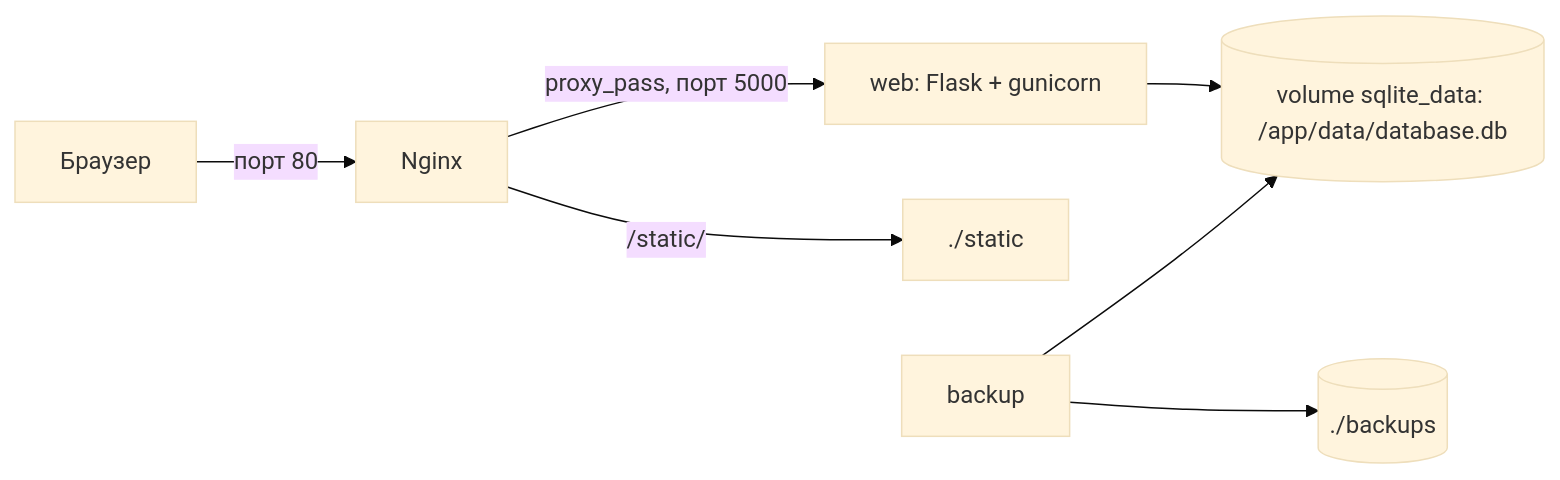
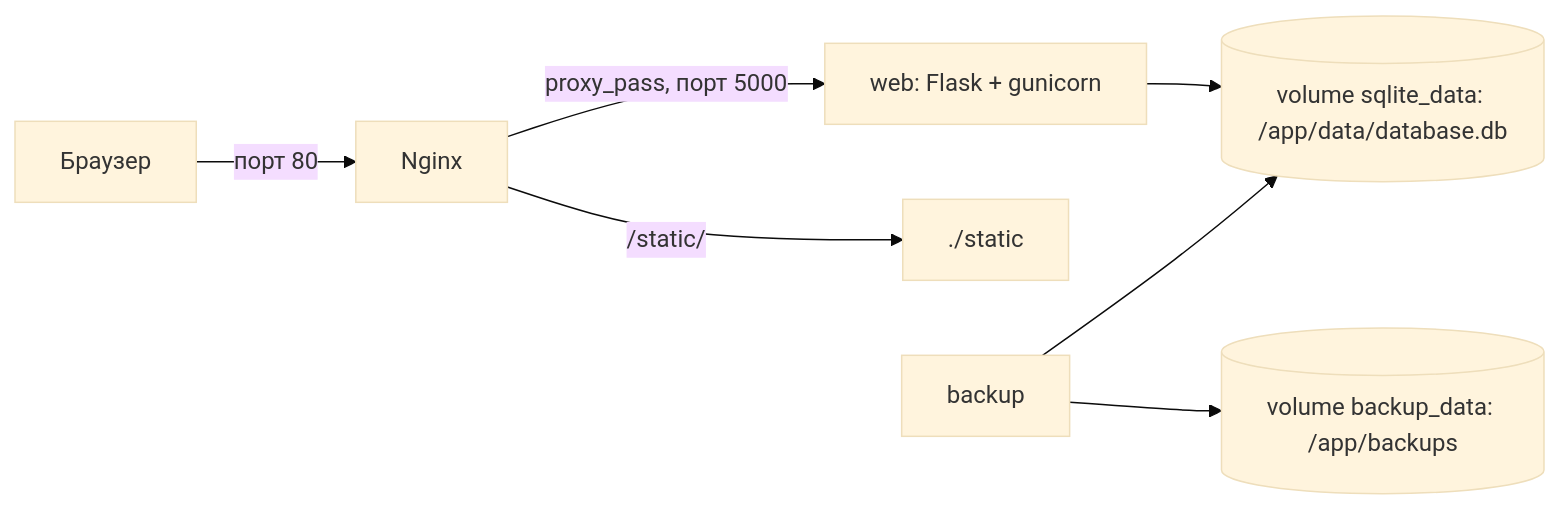
The diagram in README.md (StarlicLV/lab08-team-project), drawn with Mermaid (base theme) before and after one commit. The commit also changed other lines of this file, not shown here.

````diff
--- a/README.md
+++ b/README.md
@@ -83,9 +83,9 @@
 ```mermaid
 graph LR
     U[Браузер] -->|порт 80| N[Nginx]
     N -->|proxy_pass, порт 5000| W[web: Flask + gunicorn]
     N -->|/static/| S[./static]
     W --> V[(volume sqlite_data: /app/data/database.db)]
     B[backup] --> V
-    B --> BK[(./backups)]
+    B --> BK[(volume backup_data: /app/backups)]
 ```
````
